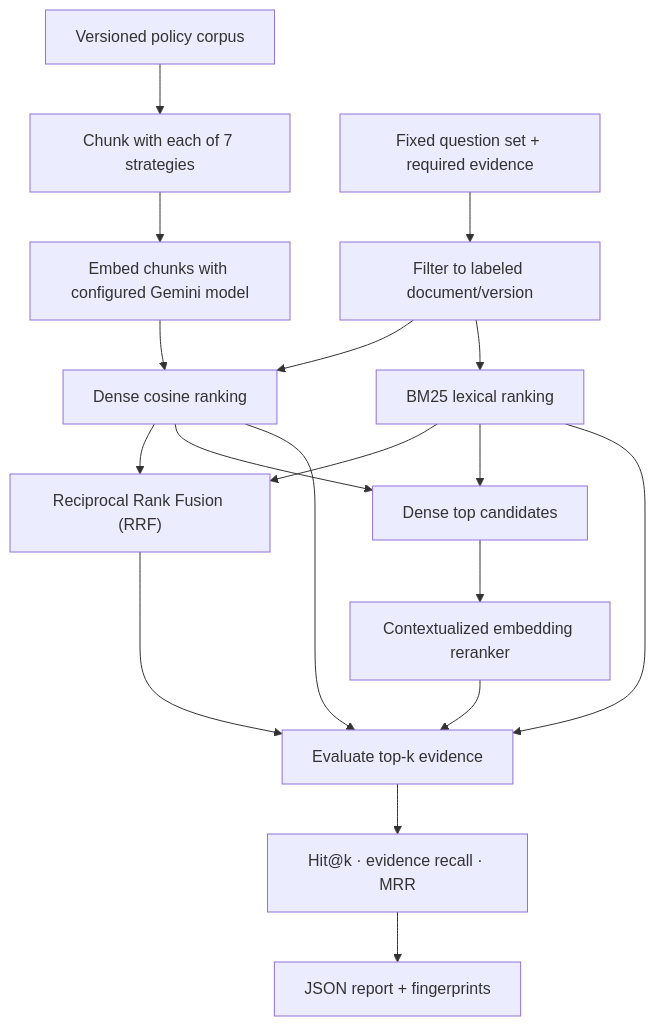
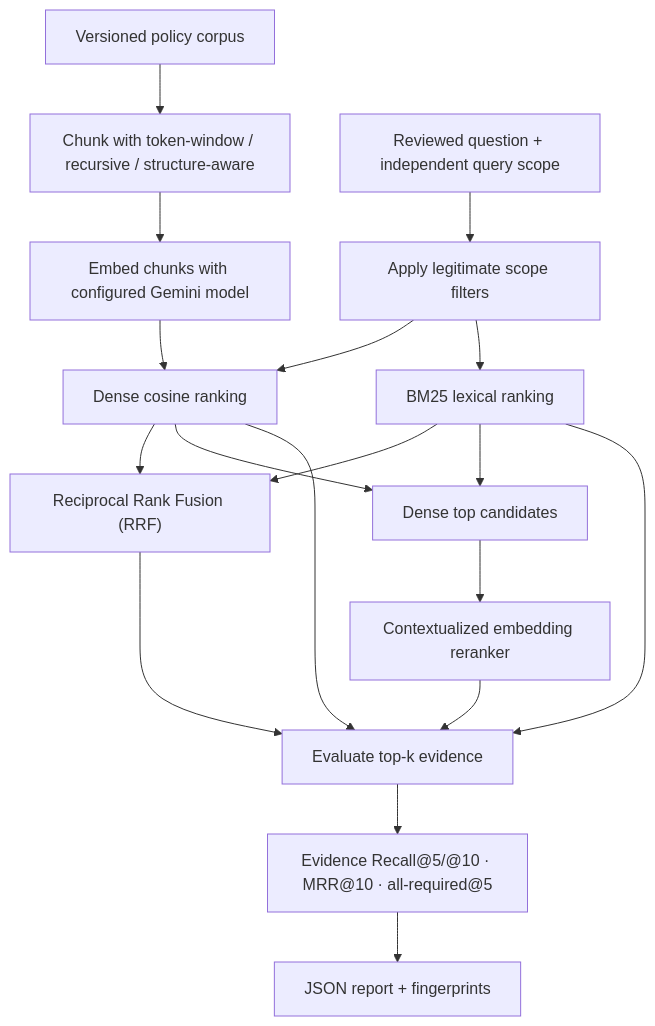
One commit to nandinikori/FAQ_Assistant_Using_RAG changed diagram 12 of 12 in README.md. Above: the diagram before and after it, drawn with Mermaid. The commit also changed other lines of this file and 14 other files, not shown here.

````diff
--- a/README.md
+++ b/README.md
@@ -591,20 +595,20 @@
 ```mermaid
 flowchart TD
-    A["Versioned policy corpus"] --> B["Chunk with each of 7 strategies"]
-    Q["Fixed question set + required evidence"] --> D["Filter to labeled document/version"]
+    A["Versioned policy corpus"] --> B["Chunk with token-window / recursive / structure-aware"]
+    Q["Reviewed question + independent query scope"] --> D["Apply legitimate scope filters"]
     B --> C["Embed chunks with configured Gemini model"]
     D --> E["Dense cosine ranking"]
     D --> F["BM25 lexical ranking"]
     C --> E
     E --> G["Reciprocal Rank Fusion (RRF)"]
     F --> G
     E --> H["Dense top candidates"]
     F --> H
     H --> I["Contextualized embedding reranker"]
     E --> J["Evaluate top-k evidence"]
     F --> J
     G --> J
     I --> J
-    J --> K["Hit@k · evidence recall · MRR"]
+    J --> K["Evidence Recall@5/@10 · MRR@10 · all-required@5"]
     K --> L["JSON report + fingerprints"]
 ```
````
